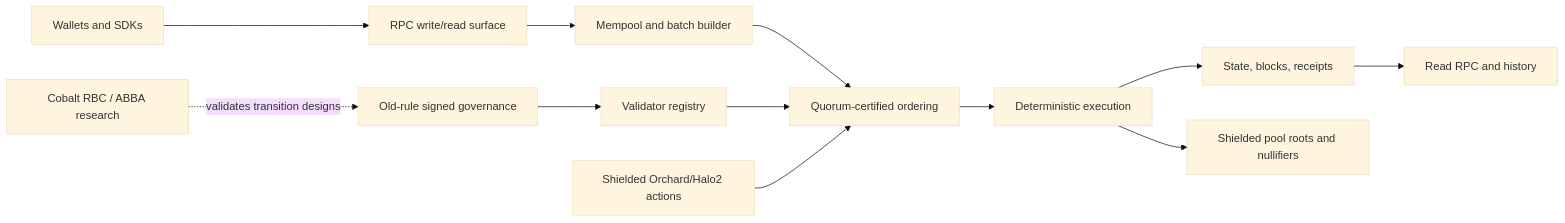
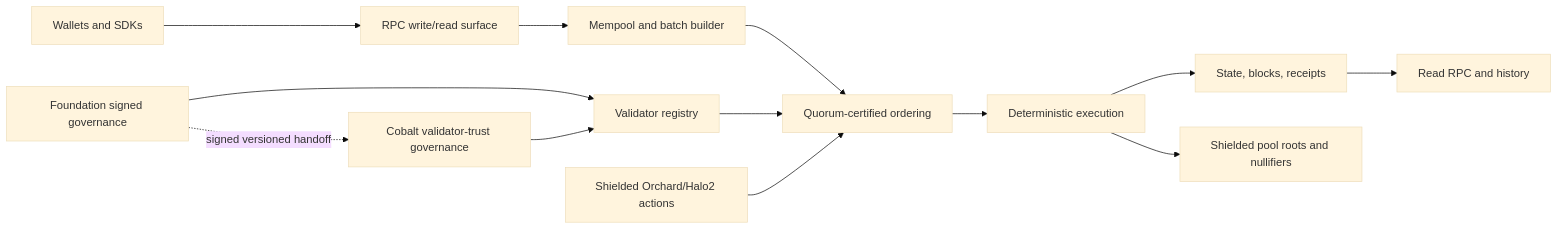
Before and after one commit to postfiatorg/postfiatl1v2: the diagram in README.md, drawn with Mermaid (base theme). The commit also changed other lines of this file and 16 other files, not shown here.

Commit message:
feat(governance): add Cobalt observatory and close milestone

````diff
--- a/README.md
+++ b/README.md
@@ -13,17 +13,18 @@
 ```mermaid
 flowchart LR
   Wallet[Wallets and SDKs] --> RPC[RPC write/read surface]
   RPC --> Mempool[Mempool and batch builder]
   Mempool --> Ordering[Quorum-certified ordering]
   Ordering --> Execution[Deterministic execution]
   Execution --> Storage[State, blocks, receipts]
   Storage --> Reads[Read RPC and history]
 
-  Governance[Old-rule signed governance] --> Registry[Validator registry]
+  Governance[Foundation signed governance] --> Registry[Validator registry]
   Registry --> Ordering
 
-  Cobalt[Cobalt RBC / ABBA research] -. validates transition designs .-> Governance
+  Governance -. signed versioned handoff .-> Cobalt[Cobalt validator-trust governance]
+  Cobalt --> Registry
 
   Shielded[Shielded Orchard/Halo2 actions] --> Ordering
   Execution --> Pool[Shielded pool roots and nullifiers]
 ```
````
